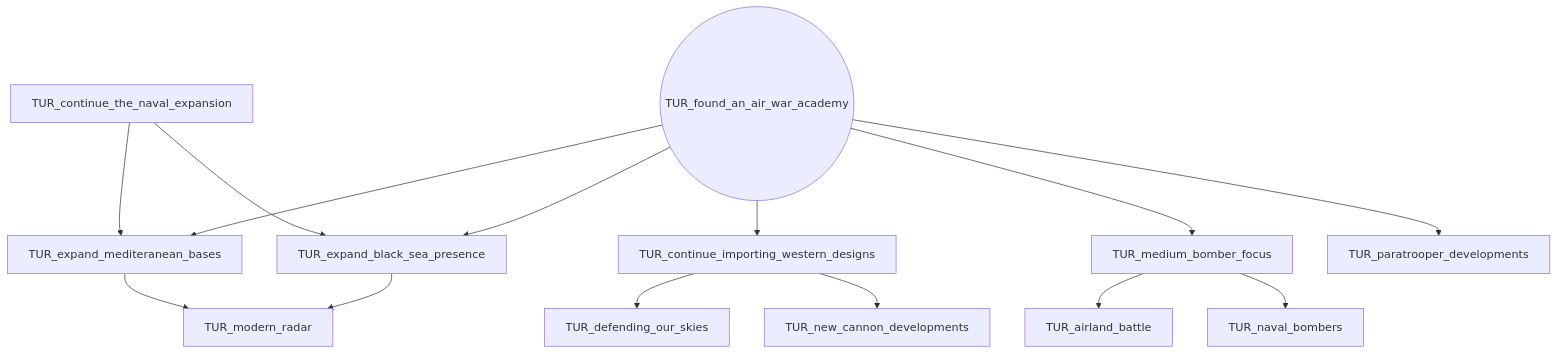
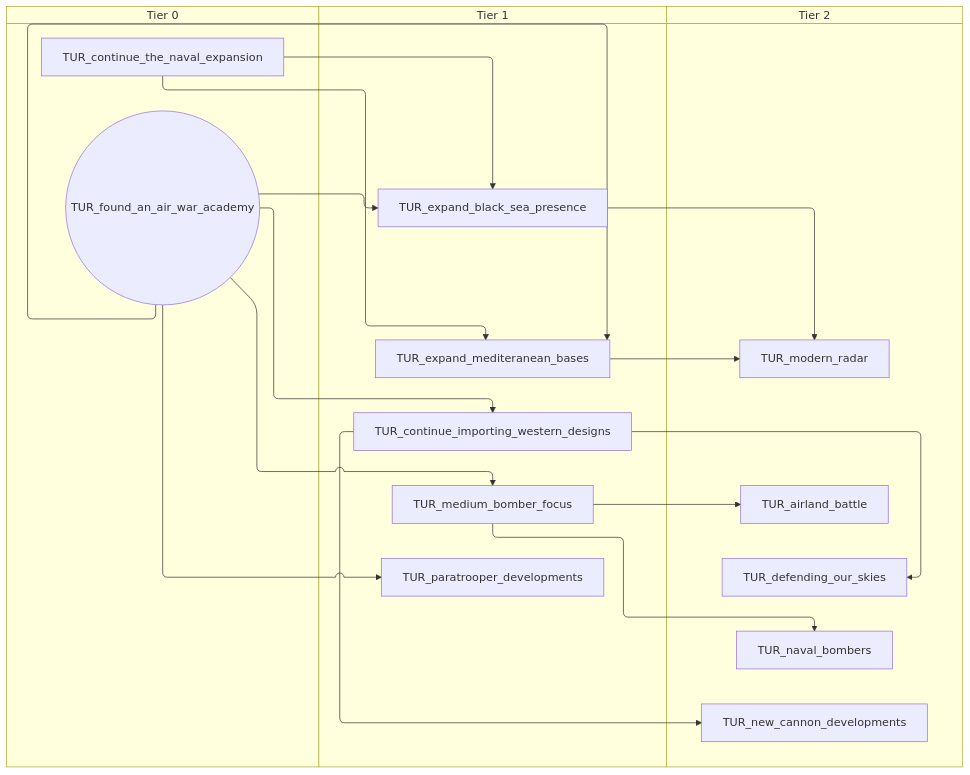
Before and after one commit to evgeny-sobol/hoi4-sandbox-mode-r56: the fifth of 8 diagrams in docs/gdd/National Focuses/r56_turkey.md, drawn with Mermaid. The commit also changed other lines of this file and 423 other files, not shown here.

First line of the commit message:
Re-export Rt56 focus trees as swimlane diagrams

````diff
--- a/docs/gdd/National Focuses/r56_turkey.md
+++ b/docs/gdd/National Focuses/r56_turkey.md
@@ -224,28 +268,34 @@
 ```mermaid
-flowchart TD
-    n88["TUR_airland_battle"]
-    n89["TUR_continue_importing_western_designs"]
-    n58["TUR_continue_the_naval_expansion"]
-    n90["TUR_defending_our_skies"]
-    n61["TUR_expand_black_sea_presence"]
-    n62["TUR_expand_mediteranean_bases"]
-    n64(("TUR_found_an_air_war_academy"))
-    n91["TUR_medium_bomber_focus"]
-    n65["TUR_modern_radar"]
-    n92["TUR_naval_bombers"]
-    n93["TUR_new_cannon_developments"]
-    n94["TUR_paratrooper_developments"]
-    n91 --> n88
-    n64 --> n89
-    n89 --> n90
-    n58 --> n61
-    n64 --> n61
-    n58 --> n62
-    n64 --> n62
-    n64 --> n91
-    n62 --> n65
-    n61 --> n65
-    n91 --> n92
+swimlane-beta TD
+    subgraph tier_0["Tier 0"]
+        n56["TUR_continue_the_naval_expansion"]
+        n57(("TUR_found_an_air_war_academy"))
+    end
+    subgraph tier_1["Tier 1"]
+        n88["TUR_continue_importing_western_designs"]
+        n59["TUR_expand_black_sea_presence"]
+        n60["TUR_expand_mediteranean_bases"]
+        n89["TUR_medium_bomber_focus"]
+        n90["TUR_paratrooper_developments"]
+    end
+    subgraph tier_2["Tier 2"]
+        n91["TUR_airland_battle"]
+        n92["TUR_defending_our_skies"]
+        n65["TUR_modern_radar"]
+        n93["TUR_naval_bombers"]
+        n94["TUR_new_cannon_developments"]
+    end
+    n89 --> n91
+    n57 --> n88
+    n88 --> n92
+    n56 --> n59
+    n57 --> n59
+    n56 --> n60
+    n57 --> n60
+    n57 --> n89
+    n60 --> n65
+    n59 --> n65
     n89 --> n93
-    n64 --> n94
+    n88 --> n94
+    n57 --> n90
 ```
````
